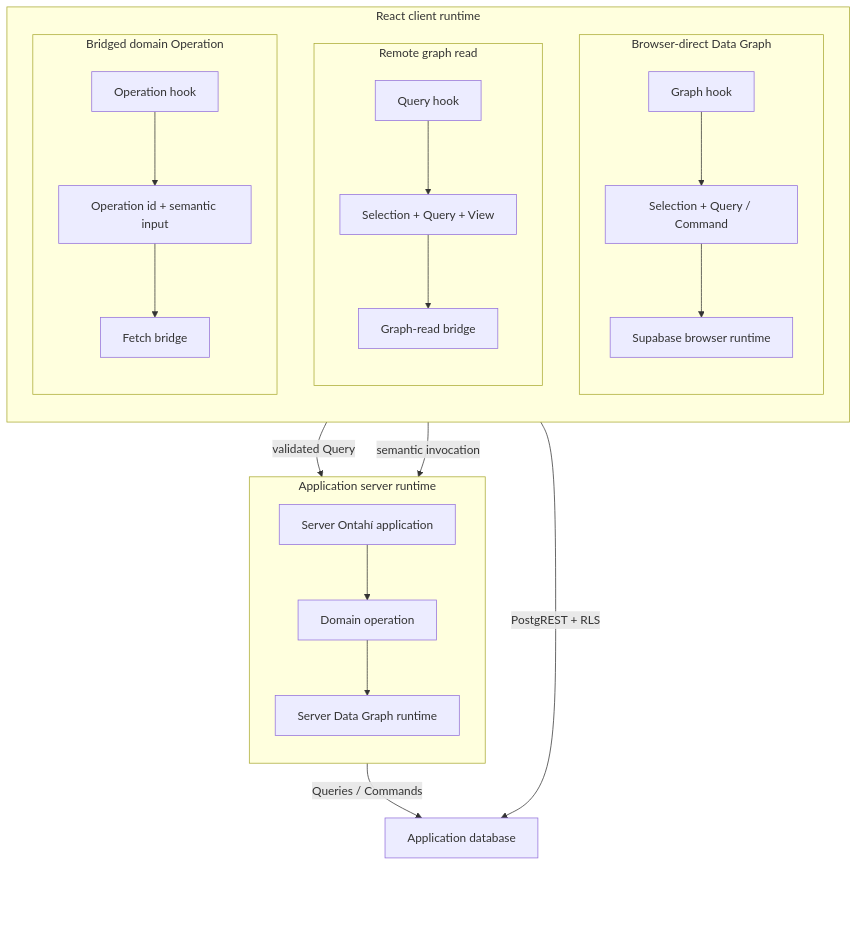
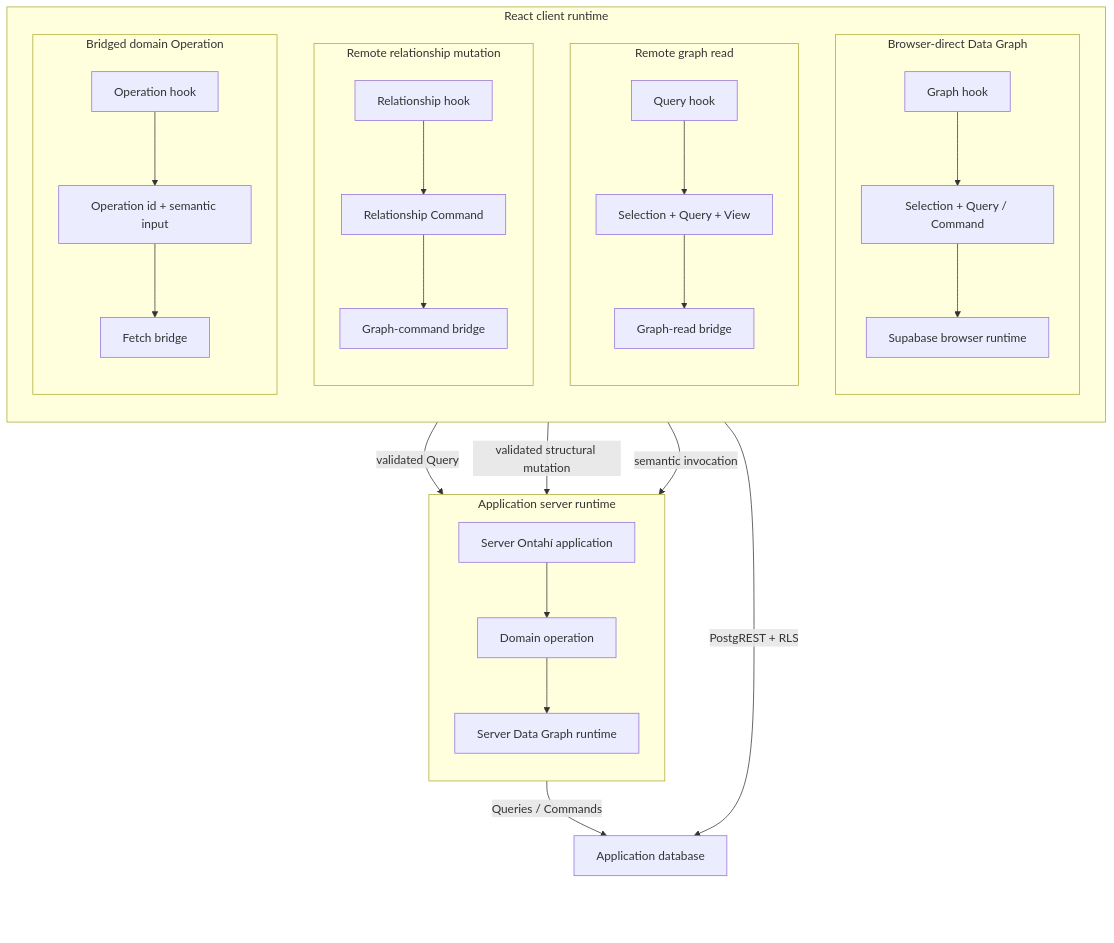
Before and after one commit to javifernandes/ontahi-library: the diagram in library/02-ontahi-for-developers/03-runtimes/03-transport-and-http-ingress.md, drawn with Mermaid. The commit also changed other lines of this file and 7 other files, not shown here.

````diff
--- a/library/02-ontahi-for-developers/03-runtimes/03-transport-and-http-ingress.md
+++ b/library/02-ontahi-for-developers/03-runtimes/03-transport-and-http-ingress.md
@@ -109,40 +116,47 @@
 ```mermaid
 flowchart TB
   subgraph Client["React client runtime"]
     direction TB
     subgraph Direct["Browser-direct Data Graph"]
       direction TB
       DirectHook["Graph hook"] --> Plan["Selection + Query / Command"]
       Plan --> BrowserRuntime["Supabase browser runtime"]
     end
 
     subgraph RemoteRead["Remote graph read"]
       direction TB
       QueryHook["Query hook"] --> ReadProgram["Selection + Query + View"]
       ReadProgram --> ReadBridge["Graph-read bridge"]
+    end
+
+    subgraph RemoteRelation["Remote relationship mutation"]
+      direction TB
+      RelationHook["Relationship hook"] --> RelationCommand["Relationship Command"]
+      RelationCommand --> CommandBridge["Graph-command bridge"]
     end
 
     subgraph BridgedClient["Bridged domain Operation"]
       direction TB
       OperationHook["Operation hook"] --> Intention["Operation id + semantic input"]
       Intention --> Bridge["Fetch bridge"]
     end
   end
 
   subgraph Server["Application server runtime"]
     direction TB
     ServerApp["Server Ontahí application"]
     ServerApp --> DomainOperation["Domain operation"]
     DomainOperation --> ServerRuntime["Server Data Graph runtime"]
   end
 
   Database["Application database"]
   BrowserRuntime -->|"PostgREST + RLS"| Database
   ReadBridge -->|"validated Query"| ServerRuntime
+  CommandBridge -->|"validated structural mutation"| ServerRuntime
   Bridge -->|"semantic invocation"| ServerApp
   ServerRuntime -->|"Queries / Commands"| Database
   Database ~~~ DatabaseMargin[" "]
 
   classDef margin fill:transparent,stroke:transparent,color:transparent
   class DatabaseMargin margin
 ```
````
